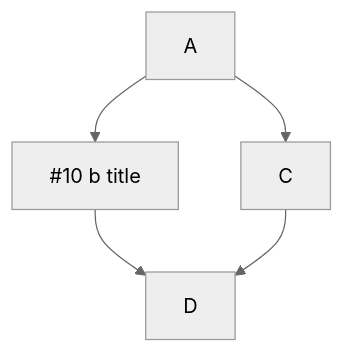
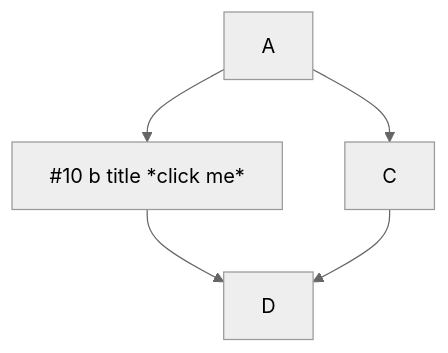
One commit to sdzialowski-godaddy/mermaid changed the first of 5 diagrams in README-template.md. Above: the diagram before and after it, drawn with Mermaid (neutral theme). The commit also changed other lines of this file and 1 other file, not shown here.

Commit message:
clikc me

````diff
--- a/README-template.md
+++ b/README-template.md
@@ -27,7 +27,7 @@
 ```mermaid
   graph TD;
-      A-->B[#10 b title];
+      A-->B[#10 b title *click me*];
       A-->C;
       B-->D;
       C-->D;
 ```
````
